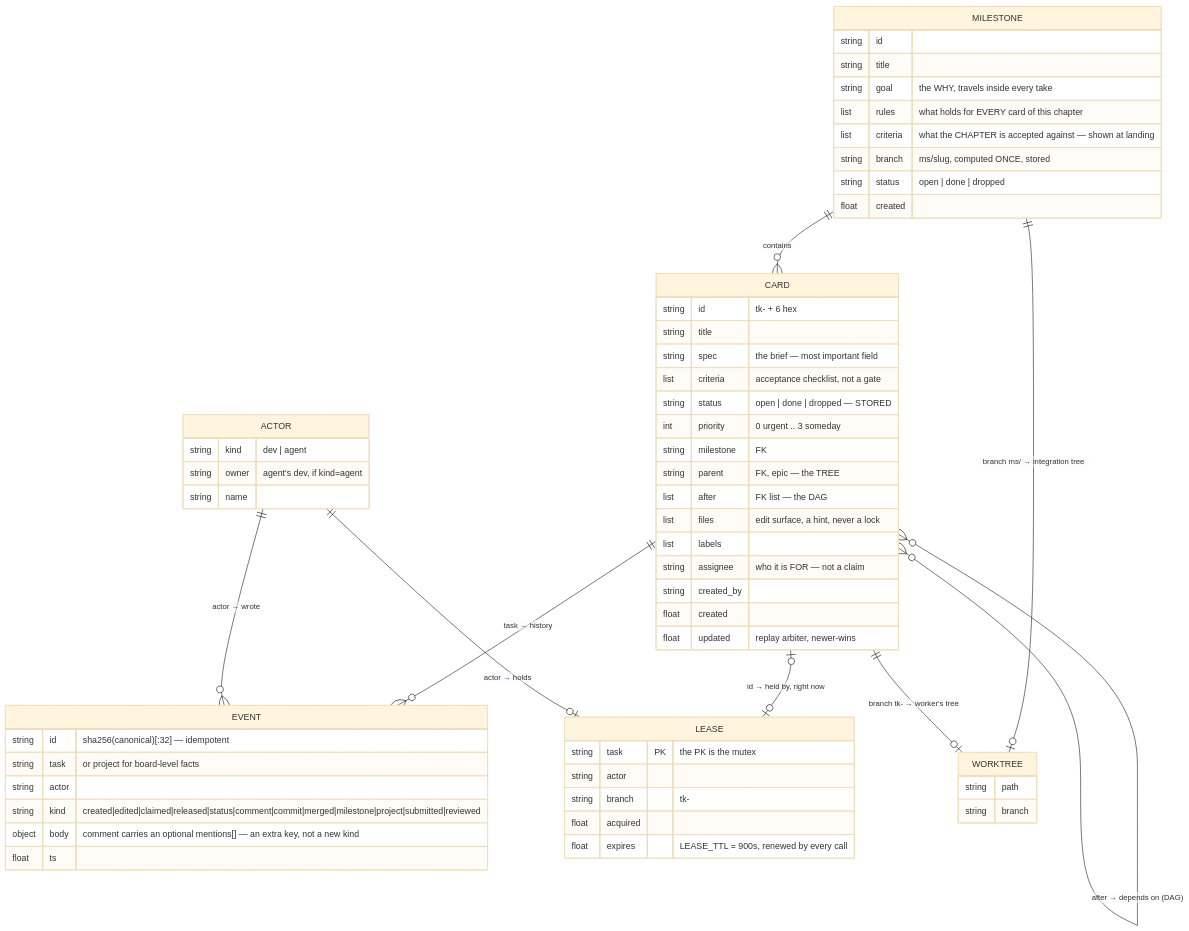
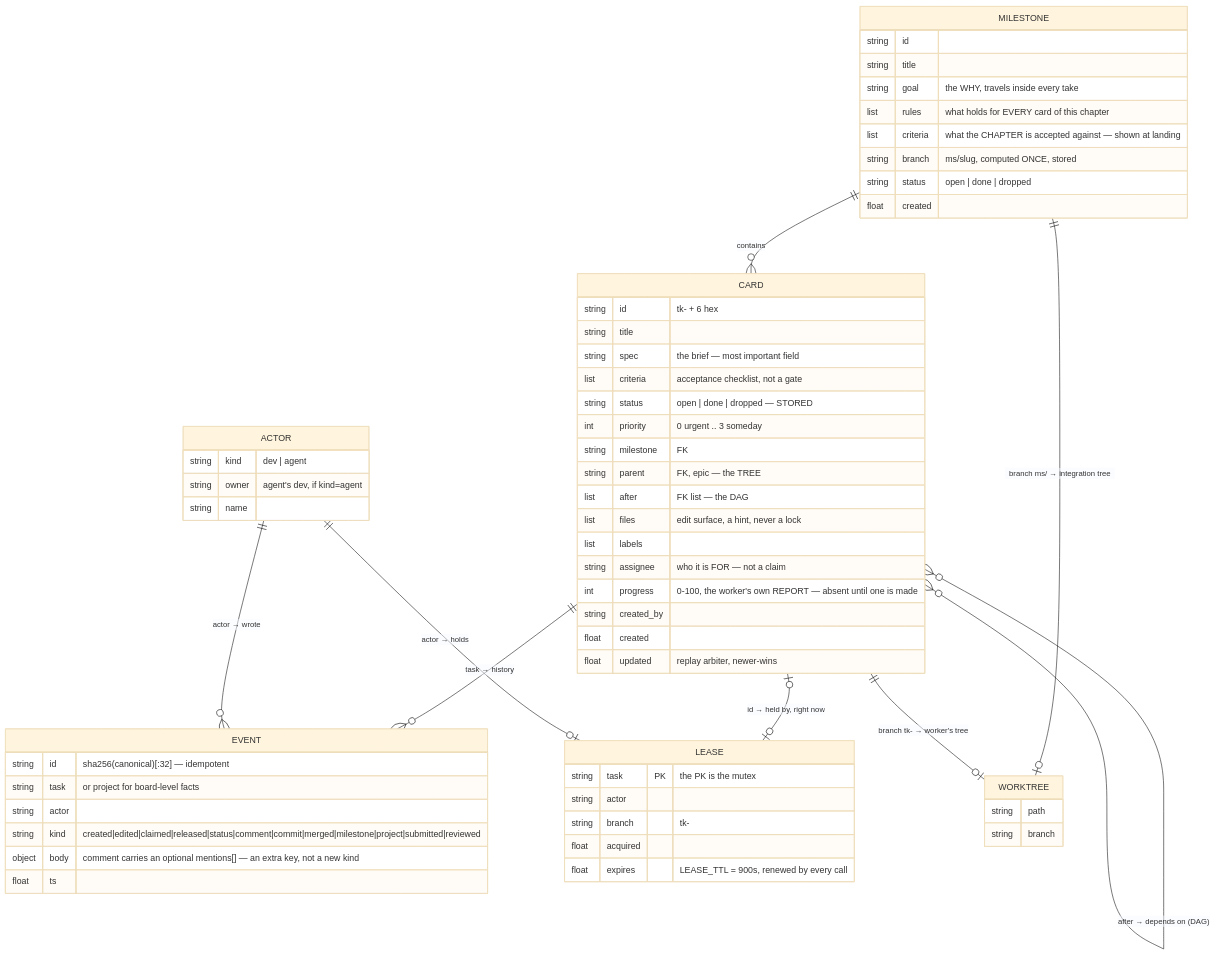
The first of 8 diagrams in ARCHITECTURE.md (bernatch22/taskops), drawn with Mermaid (base theme) before and after one commit. The commit also changed other lines of this file and 19 other files, not shown here.

First line of the commit message:
progress: a worker says how far along it is, and the board draws it

````diff
--- a/ARCHITECTURE.md
+++ b/ARCHITECTURE.md
@@ -75,64 +75,65 @@
 ```mermaid
 erDiagram
     MILESTONE ||--o{ CARD : "contains"
     CARD ||--o{ CARD : "parent → subtasks (tree)"
     CARD }o--o{ CARD : "after → depends on (DAG)"
     CARD ||--o{ EVENT : "task → history"
     CARD |o--o| LEASE : "id → held by, right now"
     ACTOR ||--o{ EVENT : "actor → wrote"
     ACTOR ||--o| LEASE : "actor → holds"
     MILESTONE ||--o| WORKTREE : "branch ms/<slug> → integration tree"
     CARD ||--o| WORKTREE : "branch tk-<id> → worker's tree"
 
     MILESTONE {
         string id
         string title
         string goal "the WHY, travels inside every take"
         list rules "what holds for EVERY card of this chapter"
         list criteria "what the CHAPTER is accepted against — shown at landing"
         string branch "ms/slug, computed ONCE, stored"
         string status "open | done | dropped"
         float created
     }
     CARD {
         string id "tk- + 6 hex"
         string title
         string spec "the brief — most important field"
         list criteria "acceptance checklist, not a gate"
         string status "open | done | dropped — STORED"
         int priority "0 urgent .. 3 someday"
         string milestone "FK"
         string parent "FK, epic — the TREE"
         list after "FK list — the DAG"
         list files "edit surface, a hint, never a lock"
         list labels
         string assignee "who it is FOR — not a claim"
+        int progress "0-100, the worker's own REPORT — absent until one is made"
         string created_by
         float created
         float updated "replay arbiter, newer-wins"
     }
     EVENT {
         string id "sha256(canonical)[:32] — idempotent"
         string task "or project for board-level facts"
         string actor
         string kind "created|edited|claimed|released|status|comment|commit|merged|milestone|project|submitted|reviewed"
         object body "comment carries an optional mentions[] — an extra key, not a new kind"
         float ts
     }
     LEASE {
         string task PK "the PK is the mutex"
         string actor
         string branch "tk-<id>"
         float acquired
         float expires "LEASE_TTL = 900s, renewed by every call"
     }
     ACTOR {
         string kind "dev | agent"
         string owner "agent's dev, if kind=agent"
         string name
     }
     WORKTREE {
         string path
         string branch
     }
 ```
````
